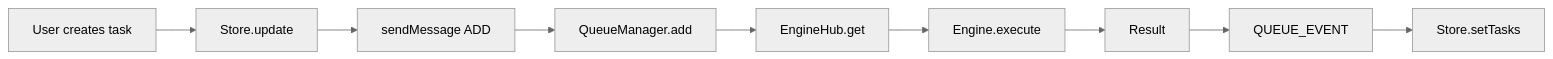
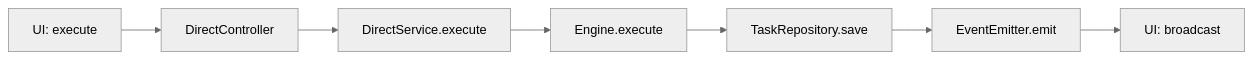
One commit to 2noScript/kernel-script changed the third of 4 diagrams in README.md. Above: the diagram before and after it, drawn with Mermaid (neutral theme). The commit also changed other lines of this file and 3 other files, not shown here.

Commit message:
refactor: simplify library API by replacing setupKernelScript with bootstrap and updating documentation with architecture diagrams

````diff
--- a/README.md
+++ b/README.md
@@ -163,11 +151,9 @@
 ```mermaid
 graph LR
-    A[User creates task] --> B[Store.update]
-    B --> C[sendMessage ADD]
-    C --> D[QueueManager.add]
-    D --> E[EngineHub.get]
-    E --> F[Engine.execute]
-    F --> G[Result]
-    G --> H[QUEUE_EVENT]
-    H --> I[Store.setTasks]
+    A[UI: execute] --> B[DirectController]
+    B --> C[DirectService.execute]
+    C --> D[Engine.execute]
+    D --> E[TaskRepository.save]
+    E --> F[EventEmitter.emit]
+    F --> G[UI: broadcast]
 ```
````
